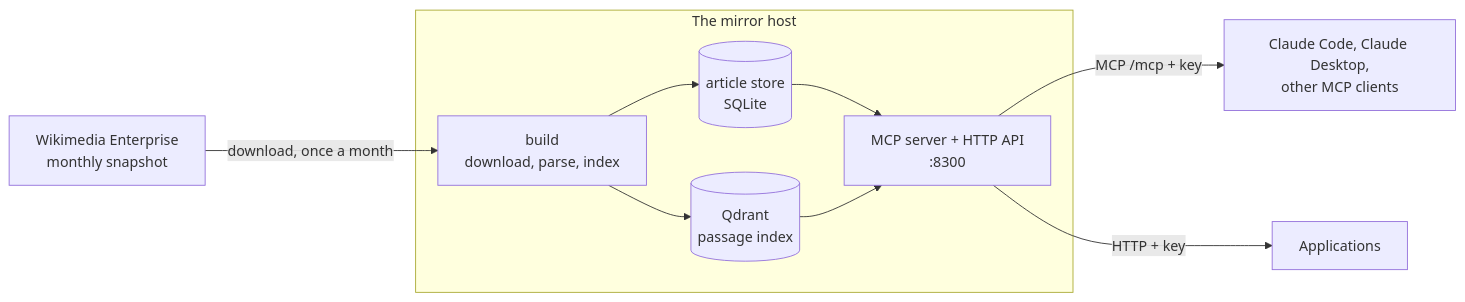
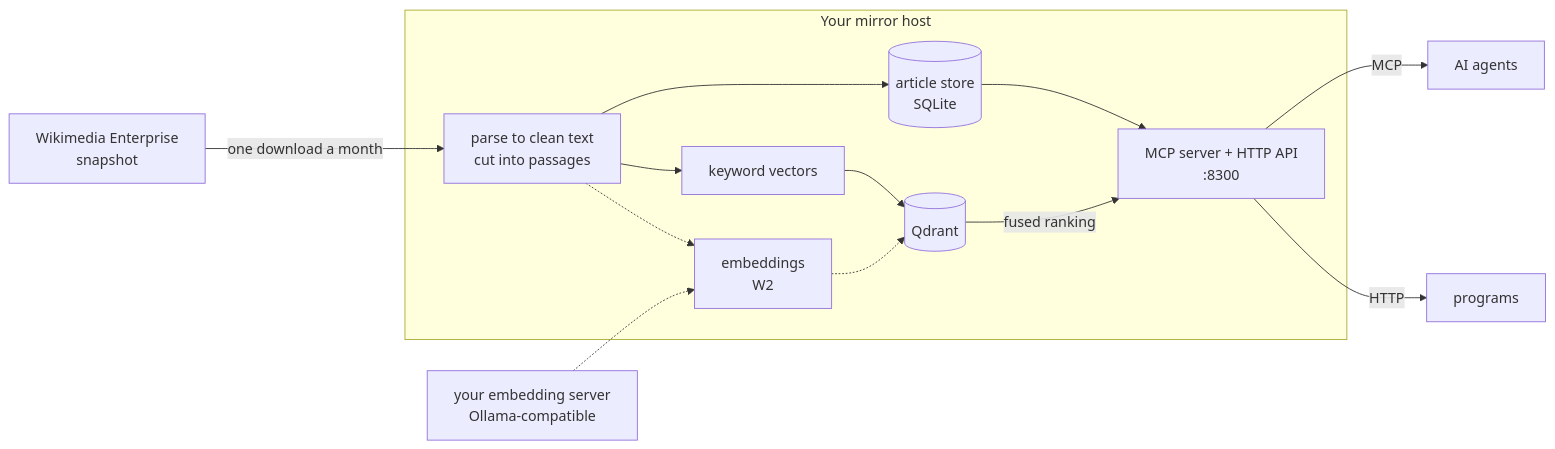
The diagram in README.md (SFN-ALPHA/sfn-wiki-mirror), drawn with Mermaid before and after one commit. The commit also changed other lines of this file, not shown here.

````diff
--- a/README.md
+++ b/README.md
@@ -131,12 +37,16 @@
 ```mermaid
 flowchart LR
-    WME[Wikimedia Enterprise<br/>monthly snapshot] -->|download, once a month| BUILD
-    subgraph The mirror host
-        BUILD[build<br/>download, parse, index] --> STORE[(article store<br/>SQLite)]
-        BUILD --> QD[(Qdrant<br/>passage index)]
-        STORE --> API[MCP server + HTTP API<br/>:8300]
-        QD --> API
+    WME[Wikimedia Enterprise<br/>snapshot] -->|one download a month| PARSE
+    subgraph host [Your mirror host]
+        PARSE[parse to clean text<br/>cut into passages] --> STORE[(article store<br/>SQLite)]
+        PARSE --> KW[keyword vectors]
+        PARSE -.-> EMB[embeddings<br/>W2]
+        KW --> QD[(Qdrant)]
+        EMB -.-> QD
+        QD -->|fused ranking| API[MCP server + HTTP API<br/>:8300]
+        STORE --> API
     end
-    API -->|MCP /mcp + key| AGENTS[Claude Code, Claude Desktop,<br/>other MCP clients]
-    API -->|HTTP + key| APPS[Applications]
+    GPU[your embedding server<br/>Ollama-compatible] -.-> EMB
+    API -->|MCP| AGENTS[AI agents]
+    API -->|HTTP| APPS[programs]
 ```
````
